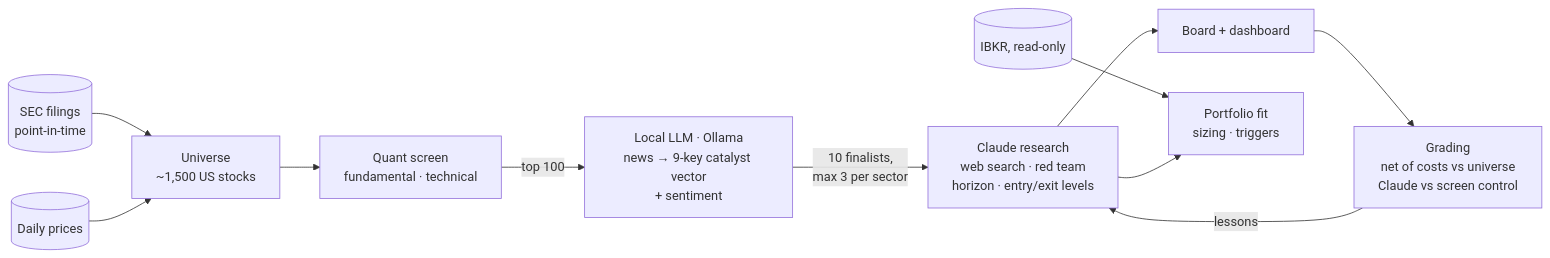
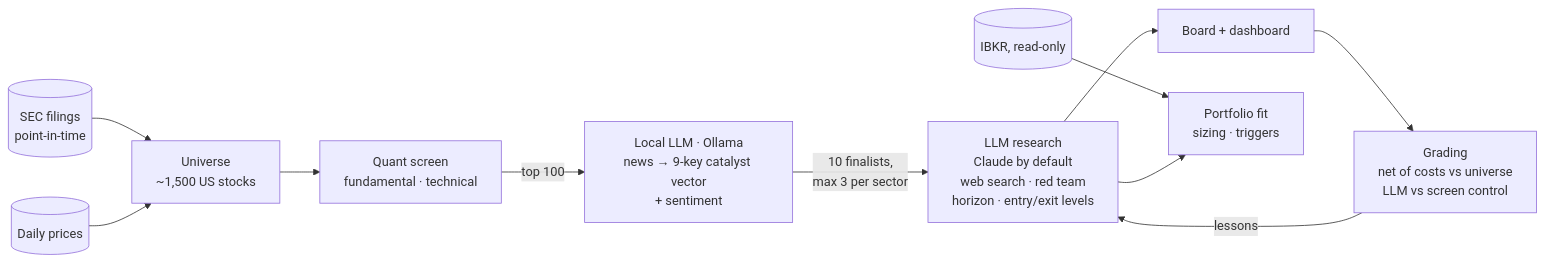
The diagram in README.md (omershoham/ci-check-tmp), drawn with Mermaid before and after one commit. The commit also changed other lines of this file and 2 other files, not shown here.

````diff
--- a/README.md
+++ b/README.md
@@ -69,13 +132,13 @@
 ```mermaid
 flowchart LR
     SEC[(SEC filings<br/>point-in-time)] --> U[Universe<br/>~1,500 US stocks]
     PX[(Daily prices)] --> U
     U --> S[Quant screen<br/>fundamental · technical]
     S -->|top 100| N[Local LLM · Ollama<br/>news → 9-key catalyst vector<br/>+ sentiment]
-    N -->|10 finalists,<br/>max 3 per sector| C[Claude research<br/>web search · red team<br/>horizon · entry/exit levels]
+    N -->|10 finalists,<br/>max 3 per sector| C[LLM research<br/>Claude by default<br/>web search · red team<br/>horizon · entry/exit levels]
     C --> B[Board + dashboard]
     IB[(IBKR, read-only)] --> P[Portfolio fit<br/>sizing · triggers]
     C --> P
-    B --> G[Grading<br/>net of costs vs universe<br/>Claude vs screen control]
+    B --> G[Grading<br/>net of costs vs universe<br/>LLM vs screen control]
     G -->|lessons| C
 ```
````
